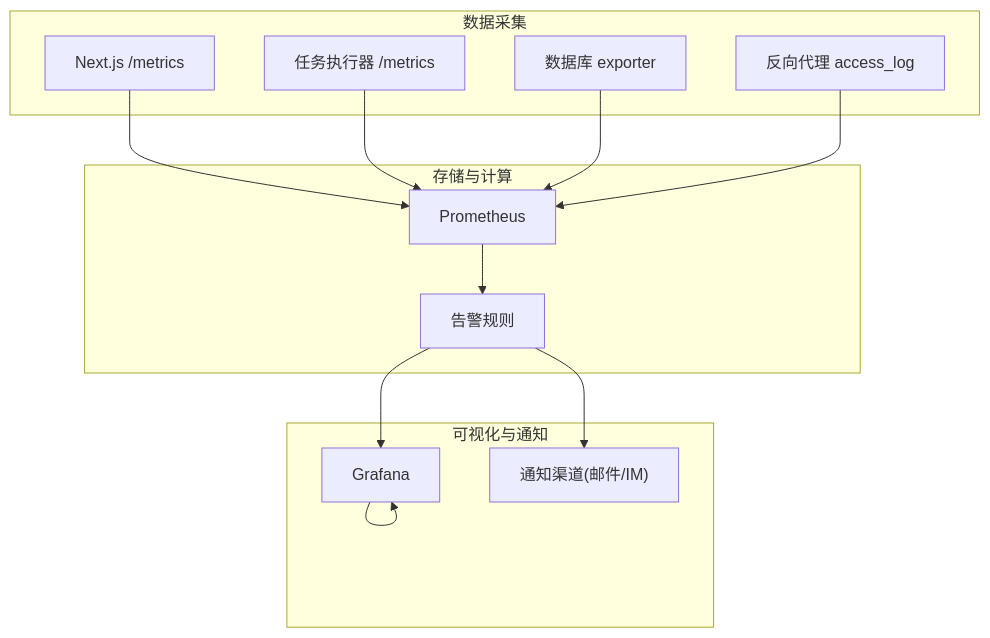
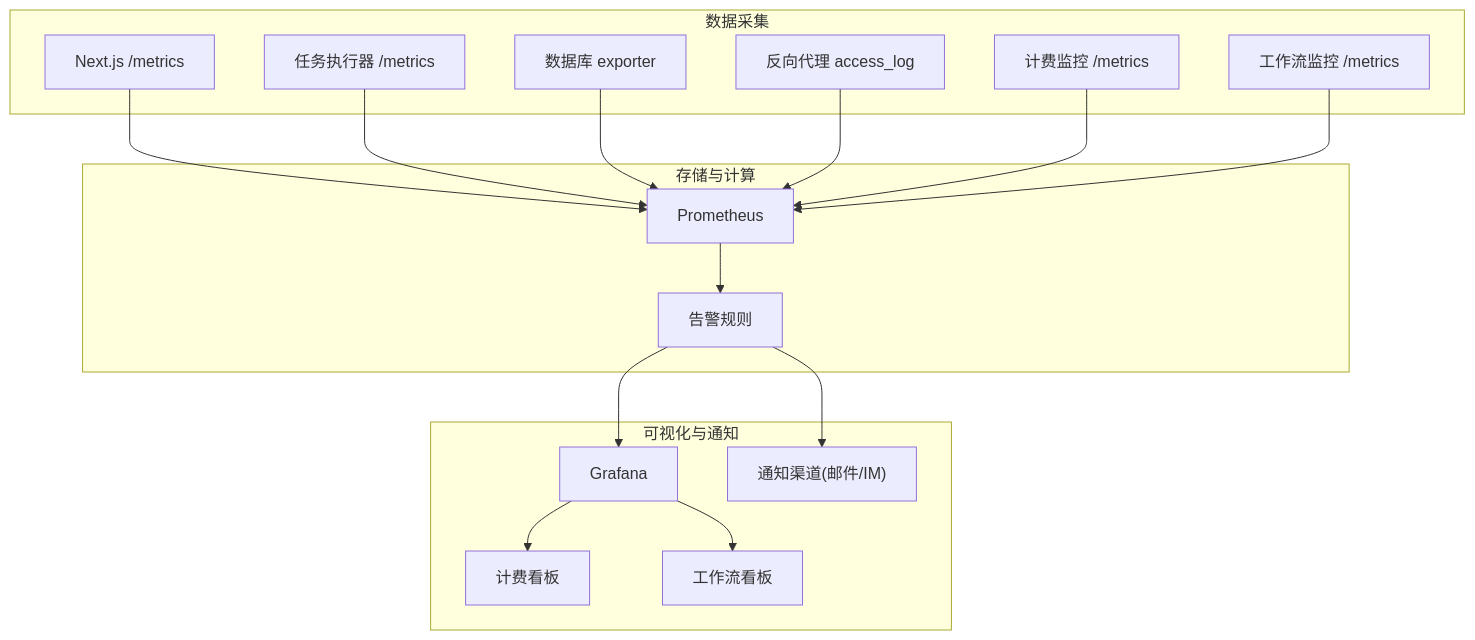
One commit to scottcwy/PurpleInk changed the sixth of 9 diagrams in .qoder/repowiki/zh/content/部署指南/监控与日志管理/监控与日志管理.md. Above: the diagram before and after it, drawn with Mermaid. The commit also changed other lines of this file and 23 other files, not shown here.

````diff
--- a/.qoder/repowiki/zh/content/部署指南/监控与日志管理/监控与日志管理.md
+++ b/.qoder/repowiki/zh/content/部署指南/监控与日志管理/监控与日志管理.md
@@ -247,25 +324,32 @@
 ```mermaid
 graph TB
 subgraph "数据采集"
 Next["Next.js /metrics"]
 Worker["任务执行器 /metrics"]
 DB["数据库 exporter"]
 Proxy["反向代理 access_log"]
+Billing["计费监控 /metrics"]
+Workflow["工作流监控 /metrics"]
 end
 subgraph "存储与计算"
 Prom["Prometheus"]
 Rules["告警规则"]
 end
 subgraph "可视化与通知"
 Graf["Grafana"]
 Alert["通知渠道(邮件/IM)"]
+BillingDash["计费看板"]
+WorkflowDash["工作流看板"]
 end
 Next --> Prom
 Worker --> Prom
 DB --> Prom
 Proxy --> Prom
+Billing --> Prom
+Workflow --> Prom
 Prom --> Rules
 Rules --> Graf
 Rules --> Alert
-Graf --> Graf
+Graf --> BillingDash
+Graf --> WorkflowDash
 ```
````
